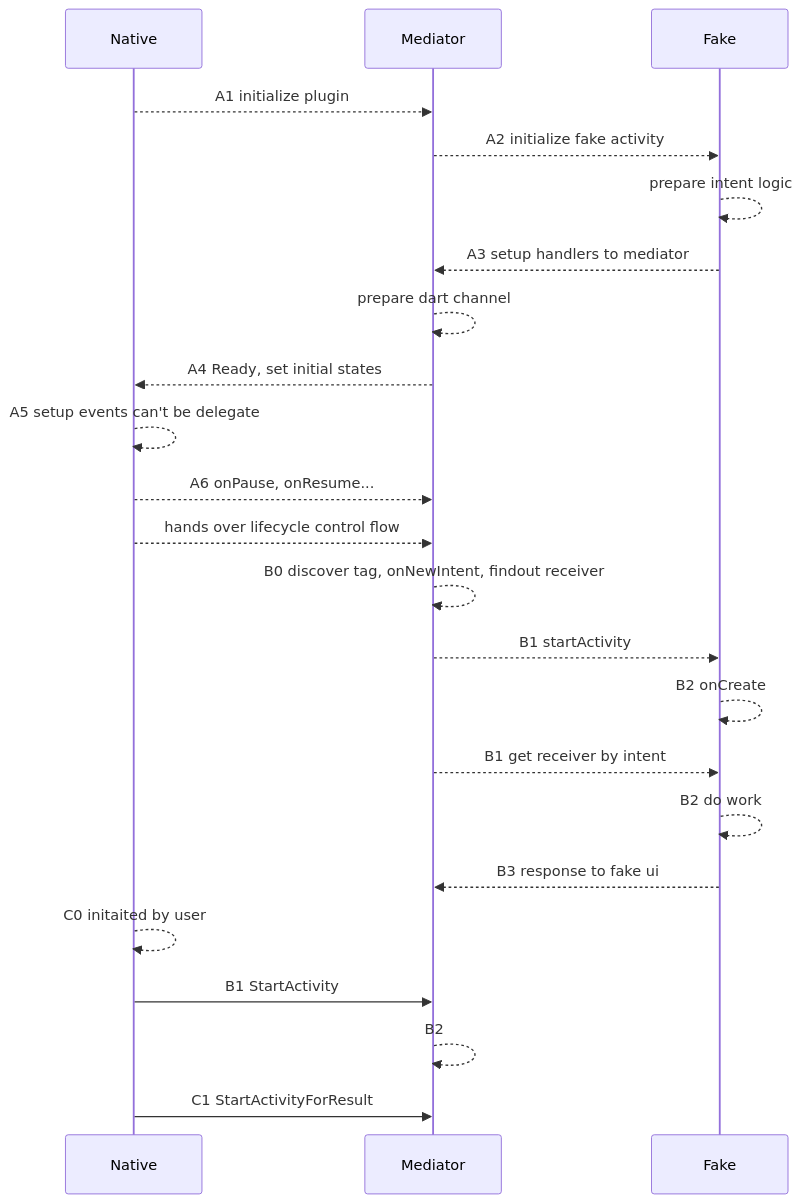
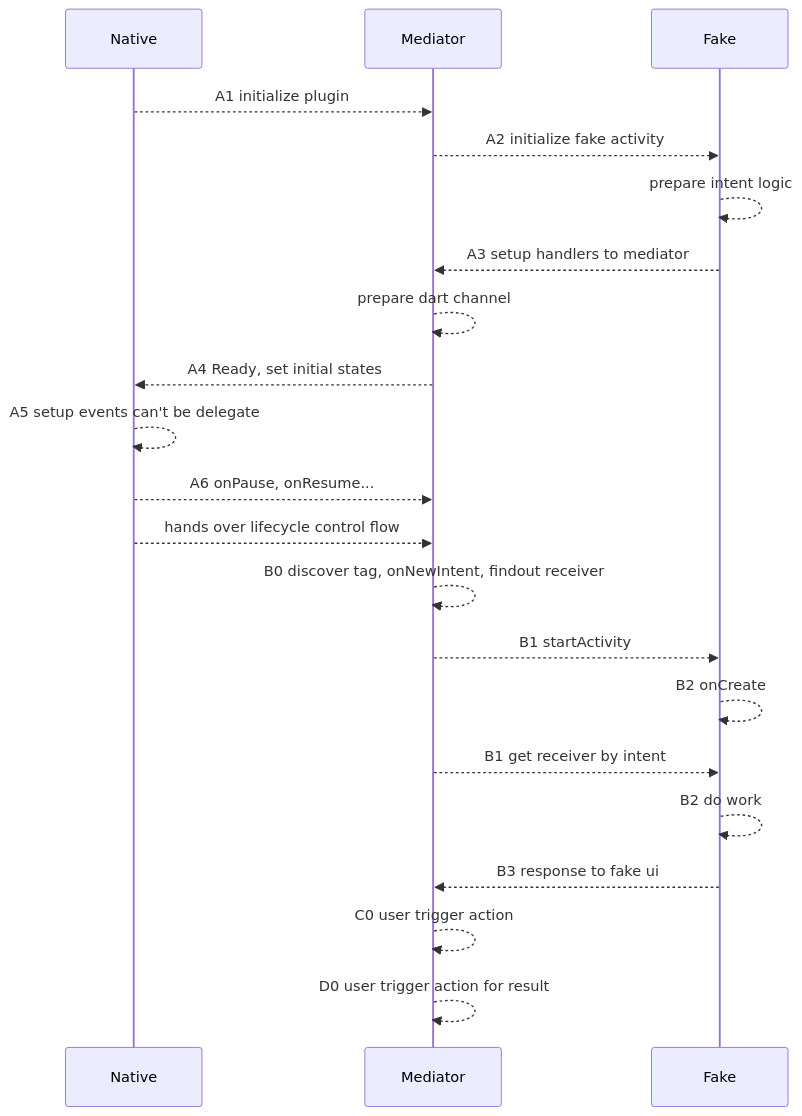
Before and after one commit to gordianknotC/nxp_note: the second of 2 diagrams in flutter/addActivityResultListener.md, drawn with Mermaid. The commit also changed other lines of this file, not shown here.

Commit message:
flutter/addActivityResultListener.md updated from https://stackedit.io/

````diff
--- a/flutter/addActivityResultListener.md
+++ b/flutter/addActivityResultListener.md
@@ -55,30 +55,29 @@
 ```mermaid
 sequenceDiagram
 participant Native
 participant Mediator
 participant Fake
 
 Native -->> Mediator: A1 initialize plugin
 Mediator -->> Fake: A2 initialize fake activity
 Fake -->> Fake: prepare intent logic
 Fake -->> Mediator: A3 setup handlers to mediator
 Mediator -->> Mediator: prepare dart channel
 Mediator -->> Native: A4 Ready, set initial states
 Native -->> Native: A5 setup events can't be delegate
 Native -->> Mediator: A6 onPause, onResume...
 Native -->> Mediator: hands over lifecycle control flow
 
 Mediator-->> Mediator: B0 discover tag, onNewIntent, findout receiver
 Mediator-->>Fake: B1 startActivity
 Fake-->>Fake: B2 onCreate
 Mediator-->>Fake: B1 get receiver by intent
 Fake-->>Fake:B2 do work
 Fake-->>Mediator:B3 response to fake ui
 
-
-Native -->> Native: C0 initaited by user
-Native ->> Mediator: B1 StartActivity
-Mediator -->> Mediator: B2 
-Native ->> Mediator: C1 StartActivityForResult
+ 
+ Mediator-->>Mediator: C0 user trigger action
+ 
+ Mediator-->>Mediator: D0 user trigger action for result
 
 ```
````
